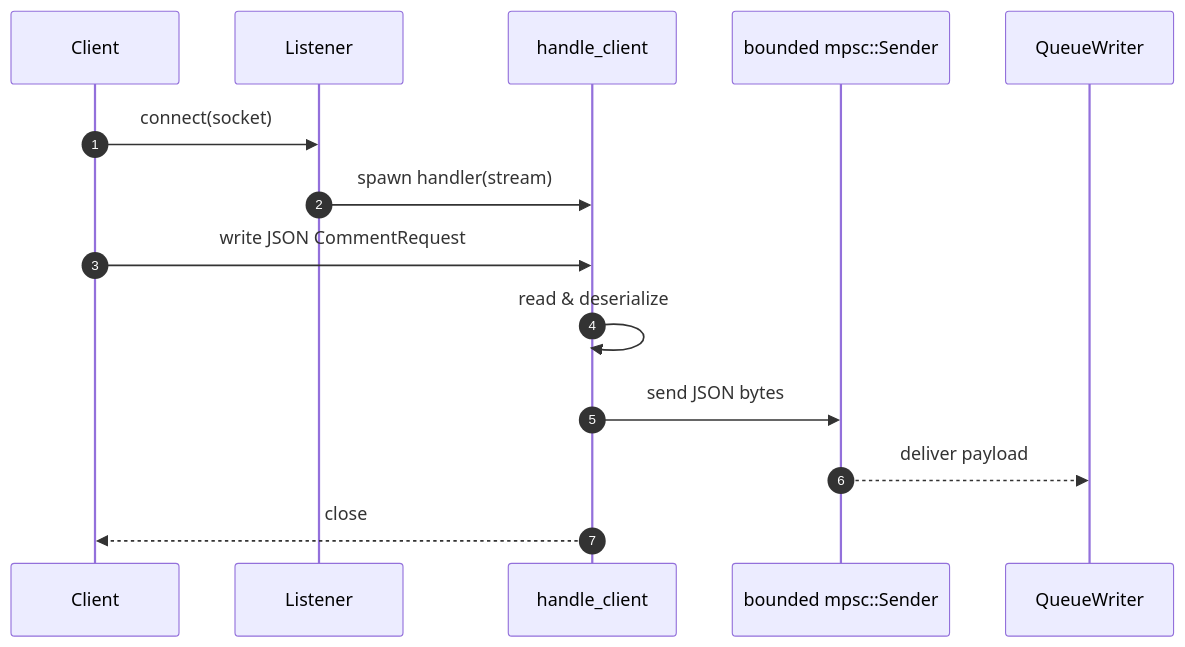
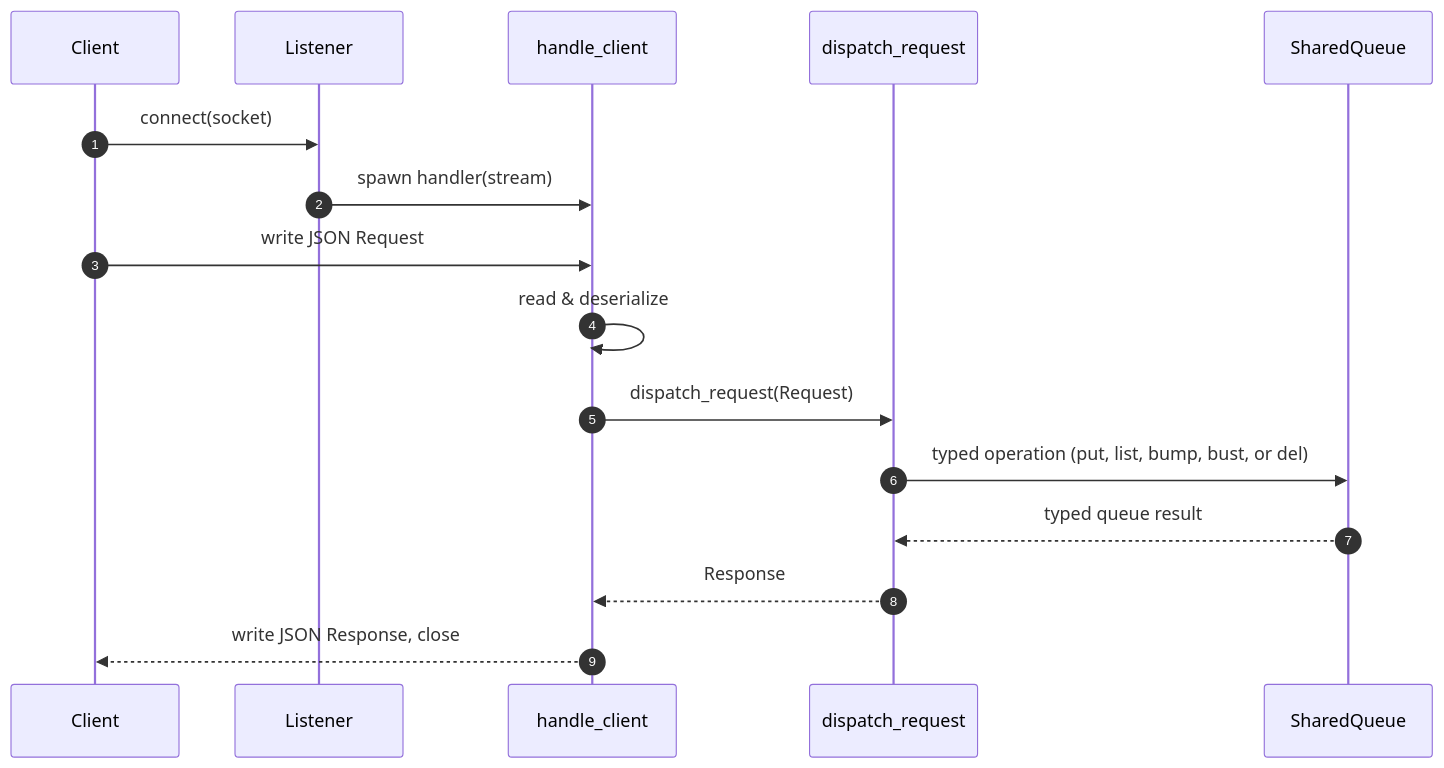
One commit to leynos/comenq changed the second of 3 diagrams in docs/comenq-design.md. Above: the diagram before and after it, drawn with Mermaid. The commit also changed other lines of this file and 70 other files, not shown here.

First line of the commit message:
Split comenq into put, list, bump, bust, and del subcommands (#149)

````diff
--- a/docs/comenq-design.md
+++ b/docs/comenq-design.md
@@ -380,17 +623,19 @@
 ```mermaid
 sequenceDiagram
   autonumber
   participant Client as Client
   participant L as Listener
   participant H as handle_client
-  participant TX as bounded mpsc::Sender
-  participant QW as QueueWriter
+  participant A as dispatch_request
+  participant Q as SharedQueue
 
   Client->>L: connect(socket)
   L->>H: spawn handler(stream)
-  Client->>H: write JSON CommentRequest
+  Client->>H: write JSON Request
   H->>H: read & deserialize
-  H->>TX: send JSON bytes
-  TX-->>QW: deliver payload
-  H-->>Client: close
+  H->>A: dispatch_request(Request)
+  A->>Q: typed operation (put, list, bump, bust, or del)
+  Q-->>A: typed queue result
+  A-->>H: Response
+  H-->>Client: write JSON Response, close
 ```
````
